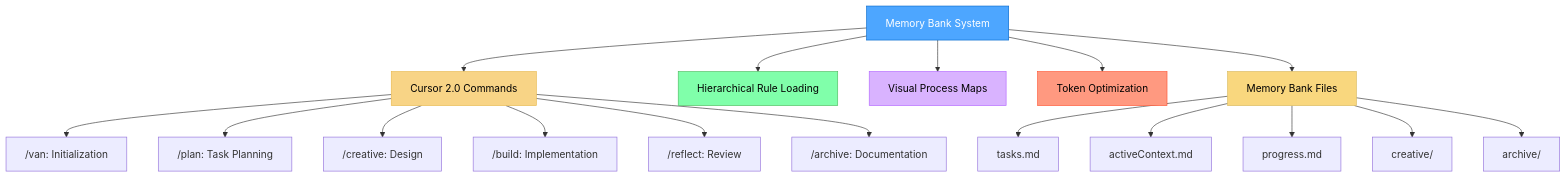
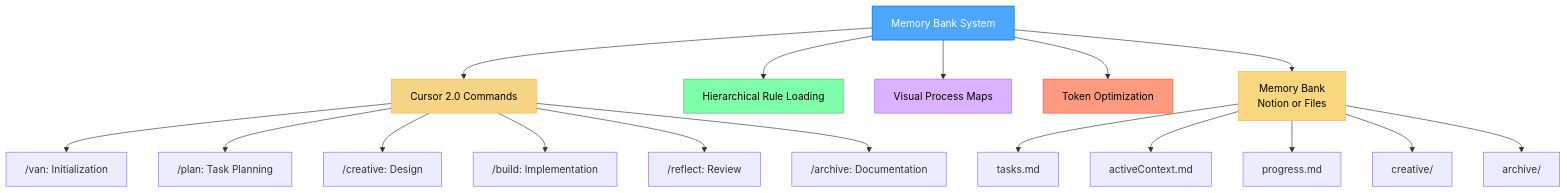
Before and after one commit to xianzhu21/cursor-memory-notion: the first of 2 diagrams in README.md, drawn with Mermaid. The commit also changed other lines of this file and 1 other file, not shown here.

First line of the commit message:
feat: add Notion Backend section to README and /create-task command

````diff
--- a/README.md
+++ b/README.md
@@ -5,28 +5,28 @@
 ```mermaid
 graph TD
     Main["Memory Bank System"] --> Commands["Cursor 2.0 Commands"]
     Main --> Rules["Hierarchical Rule Loading"]
     Main --> Visual["Visual Process Maps"]
     Main --> Token["Token Optimization"]
-    Main --> Memory["Memory Bank Files"]
+    Main --> Memory["Memory Bank<br>Notion or Files"]
     
     Commands --> VAN["/van: Initialization"]
     Commands --> PLAN["/plan: Task Planning"]
     Commands --> CREATIVE["/creative: Design"]
     Commands --> BUILD["/build: Implementation"]
     Commands --> REFLECT["/reflect: Review"]
     Commands --> ARCHIVE["/archive: Documentation"]
     
     Memory --> Tasks["tasks.md"]
     Memory --> Active["activeContext.md"]
     Memory --> Progress["progress.md"]
     Memory --> Creative["creative/"]
     Memory --> Archive["archive/"]
     
     style Main fill:#4da6ff,stroke:#0066cc,color:white
     style Commands fill:#f8d486,stroke:#e8b84d,color:black
     style Rules fill:#80ffaa,stroke:#4dbb5f,color:black
     style Visual fill:#d9b3ff,stroke:#b366ff,color:black
     style Token fill:#ff9980,stroke:#ff5533,color:black
     style Memory fill:#f9d77e,stroke:#d9b95c,color:black
 ```
````
